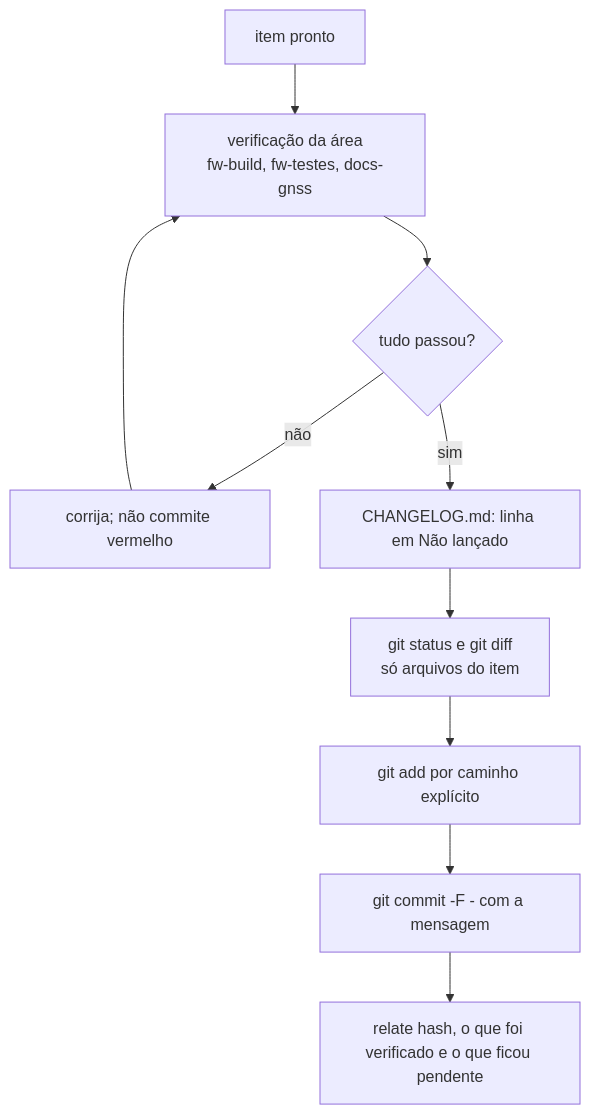
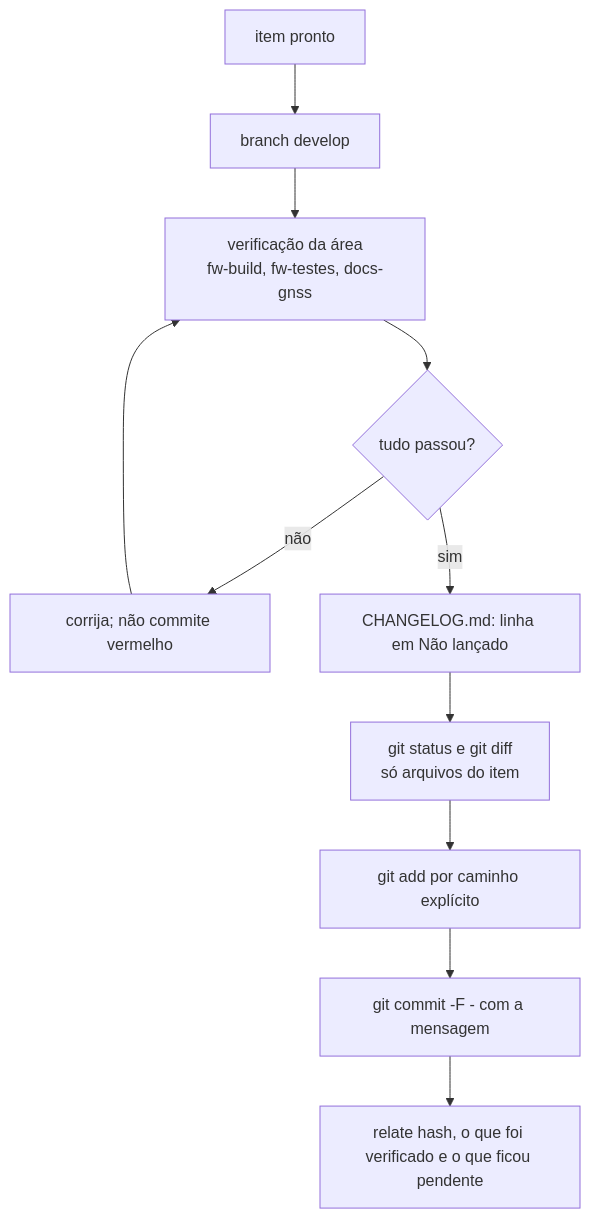
The diagram in .claude/skills/commit-gnss/SKILL.md (Guiimartinho/gnss-bike-computer), drawn with Mermaid before and after one commit. The commit also changed other lines of this file and 5 other files, not shown here.

````diff
--- a/.claude/skills/commit-gnss/SKILL.md
+++ b/.claude/skills/commit-gnss/SKILL.md
@@ -64,12 +65,13 @@
 ```mermaid
 flowchart TD
-    READY["item pronto"] --> VERIFY["verificação da área<br/>fw-build, fw-testes, docs-gnss"]
+    READY["item pronto"] --> BRANCH["branch develop"]
+    BRANCH --> VERIFY["verificação da área<br/>fw-build, fw-testes, docs-gnss"]
     VERIFY --> OK{"tudo passou?"}
     OK -- não --> FIX["corrija; não commite vermelho"]
     FIX --> VERIFY
     OK -- sim --> LOG["CHANGELOG.md: linha em Não lançado"]
     LOG --> STATUS["git status e git diff<br/>só arquivos do item"]
     STATUS --> ADD["git add por caminho explícito"]
     ADD --> COMMIT["git commit -F - com a mensagem"]
     COMMIT --> REPORT["relate hash, o que foi verificado e o que ficou pendente"]
 ```
````
